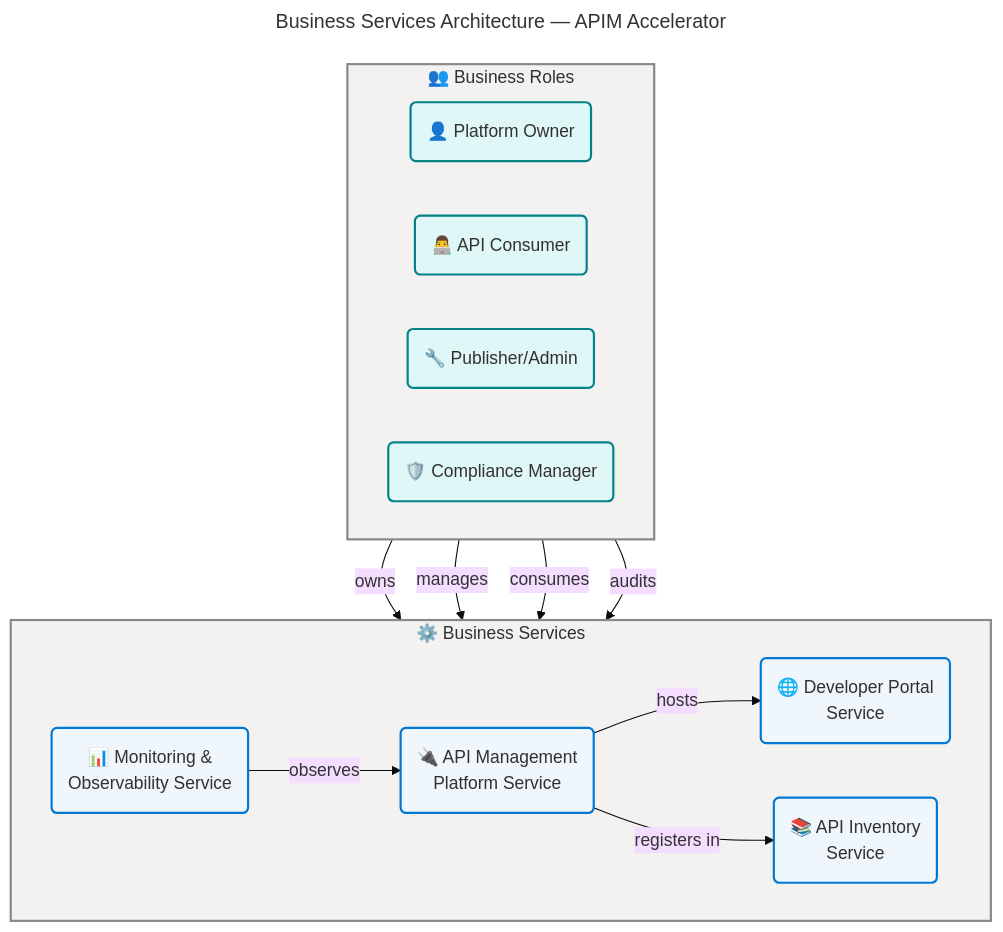
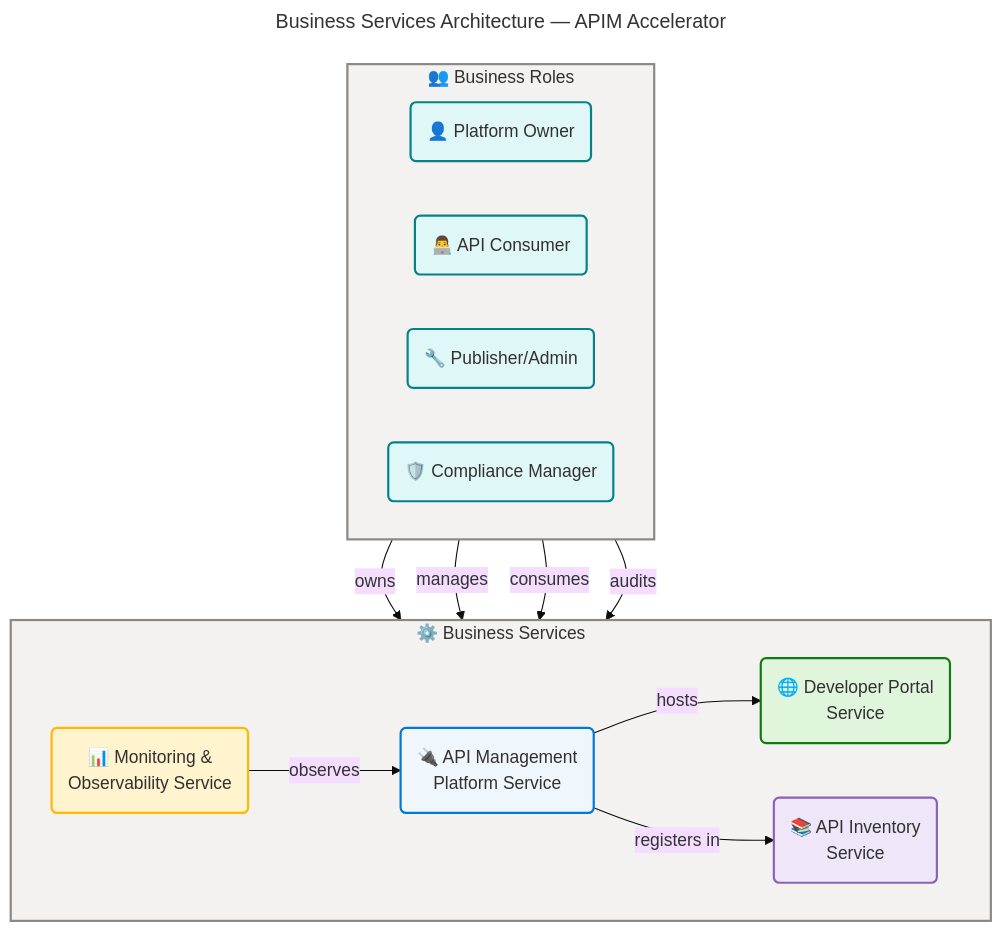
The fifth of 9 diagrams in docs/architecture/business-architecture.md (Evilazaro/APIM-Accelerator), drawn with Mermaid before and after one commit. The commit also changed other lines of this file and 2 other files, not shown here.

````diff
--- a/docs/architecture/business-architecture.md
+++ b/docs/architecture/business-architecture.md
@@ -474,64 +474,64 @@
 ```mermaid
 ---
 title: "Business Services Architecture — APIM Accelerator"
 config:
   theme: base
   look: classic
   layout: dagre
   themeVariables:
     fontSize: '16px'
   flowchart:
     htmlLabels: true
 ---
 flowchart TB
     accTitle: Business Services Architecture
     accDescr: Shows the four business services their relationships and the business roles that interact with them
 
     %% ═══════════════════════════════════════════════════════════════════════════
     %% AZURE / FLUENT ARCHITECTURE PATTERN v1.1
     %% (Semantic + Structural + Font + Accessibility Governance)
     %% ═══════════════════════════════════════════════════════════════════════════
     %% PHASE 1 - FLUENT UI: All styling uses approved Fluent UI palette only
     %% PHASE 2 - GROUPS: Every subgraph has semantic color via style directive
     %% PHASE 3 - COMPONENTS: Every node has semantic classDef + icon prefix
     %% PHASE 4 - ACCESSIBILITY: accTitle/accDescr present, WCAG AA contrast
     %% PHASE 5 - STANDARD: Governance block present, classDefs centralized
     %% ═══════════════════════════════════════════════════════════════════════════
 
     subgraph actors["👥 Business Roles"]
         direction LR
         owner("👤 Platform Owner"):::external
         dev("👨‍💻 API Consumer"):::external
         admin("🔧 Publisher/Admin"):::external
         compliance("🛡️ Compliance Manager"):::external
     end
 
     subgraph services["⚙️ Business Services"]
         direction LR
         svc1("🔌 API Management<br/>Platform Service"):::core
-        svc2("🌐 Developer Portal<br/>Service"):::core
-        svc3("📚 API Inventory<br/>Service"):::core
-        svc4("📊 Monitoring &<br/>Observability Service"):::core
+        svc2("🌐 Developer Portal<br/>Service"):::success
+        svc3("📚 API Inventory<br/>Service"):::data
+        svc4("📊 Monitoring &<br/>Observability Service"):::warning
     end
 
     owner -->|"owns"| svc1
     admin -->|"manages"| svc1
     dev -->|"consumes"| svc2
     compliance -->|"audits"| svc3
     svc1 -->|"hosts"| svc2
     svc1 -->|"registers in"| svc3
     svc4 -->|"observes"| svc1
 
     %% Centralized classDefs (approved AZURE/FLUENT v1.1 palette)
     classDef neutral fill:#FAFAFA,stroke:#8A8886,stroke-width:2px,color:#323130
     classDef core fill:#EFF6FC,stroke:#0078D4,stroke-width:2px,color:#323130
     classDef success fill:#DFF6DD,stroke:#107C10,stroke-width:2px,color:#323130
     classDef warning fill:#FFF4CE,stroke:#FFB900,stroke-width:2px,color:#323130
     classDef danger fill:#FDE7E9,stroke:#D13438,stroke-width:2px,color:#323130
     classDef data fill:#F0E6FA,stroke:#8764B8,stroke-width:2px,color:#323130
     classDef external fill:#E0F7F7,stroke:#038387,stroke-width:2px,color:#323130
 
     %% Subgraph styling (style directives, not class)
     style actors fill:#F3F2F1,stroke:#8A8886,stroke-width:2px,color:#323130
     style services fill:#F3F2F1,stroke:#8A8886,stroke-width:2px,color:#323130
 ```
````
